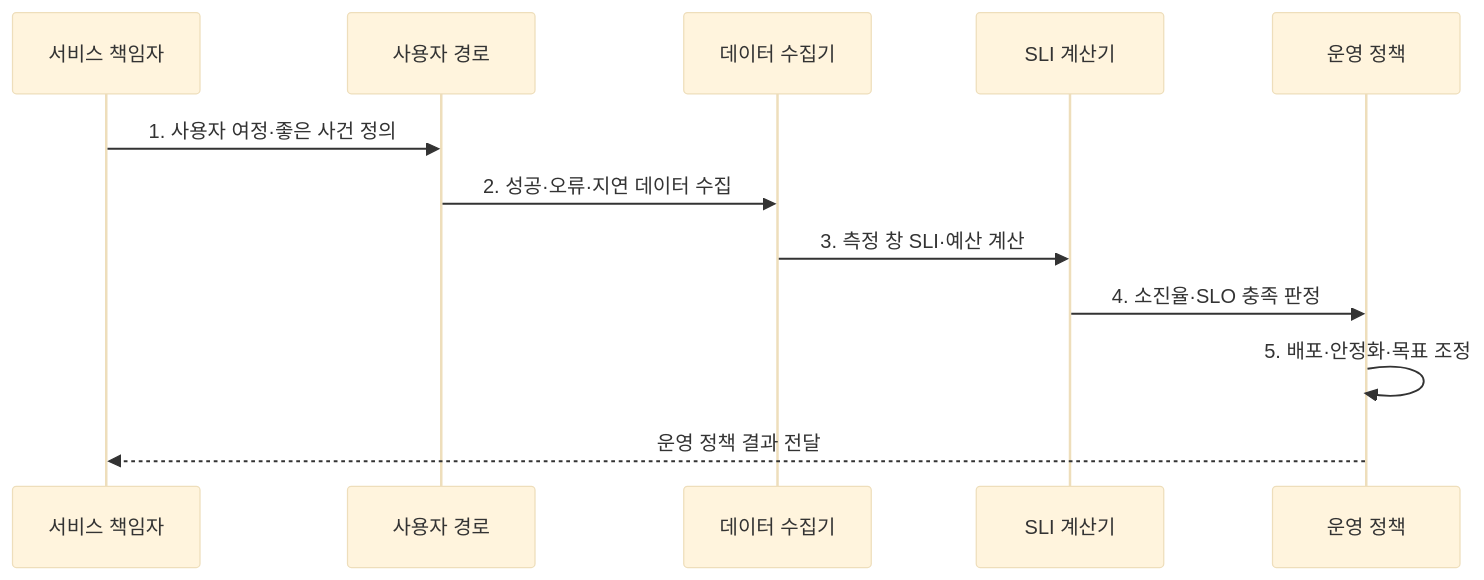
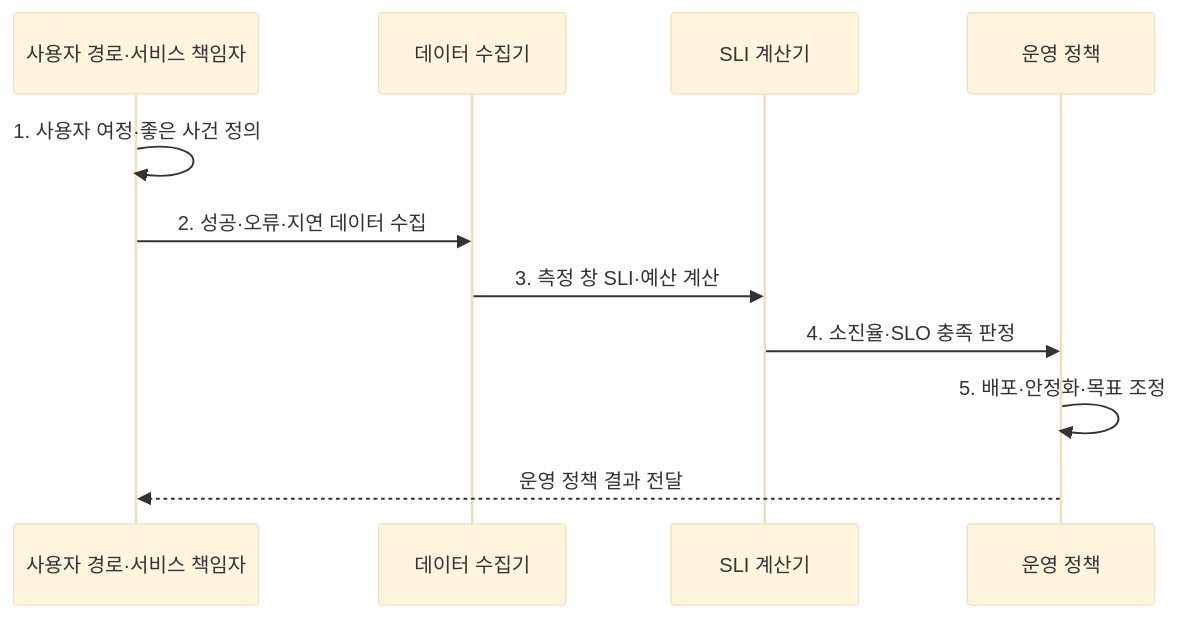
The second of 2 diagrams in src/content/docs/notes/06-evaluation/015_slo_sli.md (agnusdei1207/knowledge-base), drawn with Mermaid (base theme) before and after one commit. The commit also changed 6 other files, not shown here.

Commit message:
Simplify evaluation calculation flows

````diff
--- a/src/content/docs/notes/06-evaluation/015_slo_sli.md
+++ b/src/content/docs/notes/06-evaluation/015_slo_sli.md
@@ -98,14 +98,13 @@
 ```mermaid
 sequenceDiagram
-  participant O as 서비스 책임자
-  participant U as 사용자 경로
+    participant O as 사용자 경로·서비스 책임자
   participant C as 데이터 수집기
   participant I as SLI 계산기
   participant P as 운영 정책
-  O->>U: 1. 사용자 여정·좋은 사건 정의
-  U->>C: 2. 성공·오류·지연 데이터 수집
+    O->>O: 1. 사용자 여정·좋은 사건 정의
+    O->>C: 2. 성공·오류·지연 데이터 수집
   C->>I: 3. 측정 창 SLI·예산 계산
   I->>P: 4. 소진율·SLO 충족 판정
   P->>P: 5. 배포·안정화·목표 조정
   P-->>O: 운영 정책 결과 전달
 ```
````
